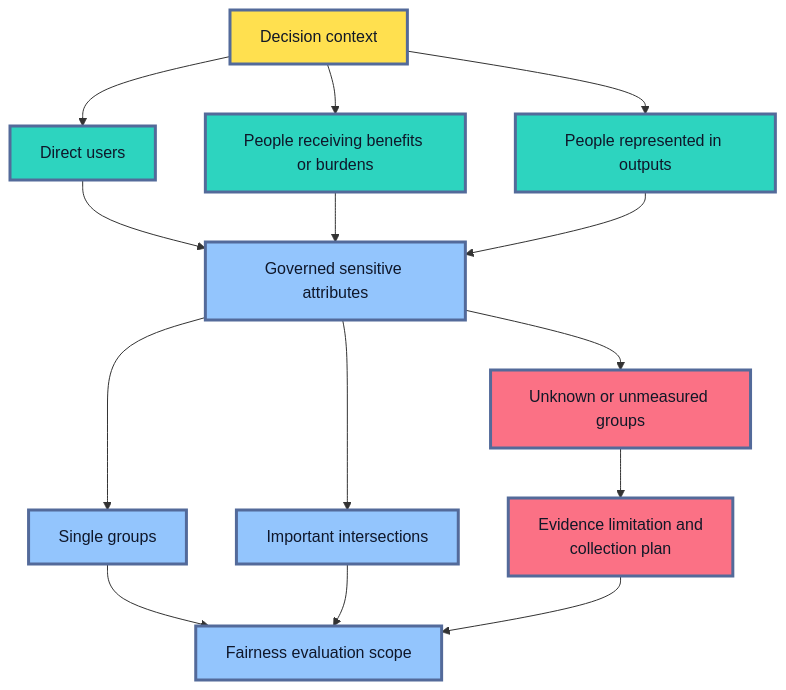
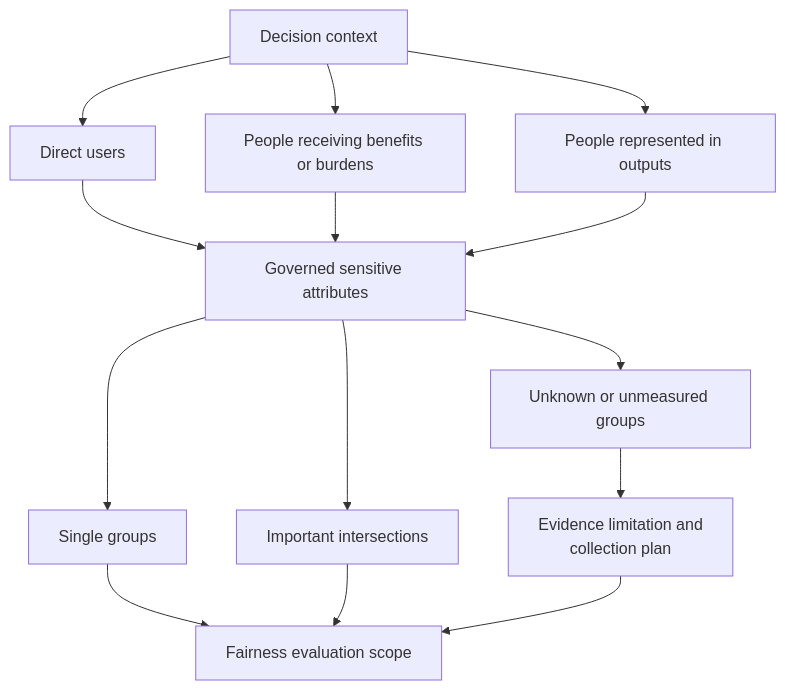
Before and after one commit to senlinyy/dev-roadmaps: the third of 14 diagrams in roadmaps/mlops/modules/model-evaluation/production-readiness/02-bias-fairness-responsible-evaluation.md, drawn with Mermaid. The commit also changed other lines of this file and 152 other files, not shown here.

Commit message:
feat: mlops and diagrams updated

````diff
--- a/roadmaps/mlops/modules/model-evaluation/production-readiness/02-bias-fairness-responsible-evaluation.md
+++ b/roadmaps/mlops/modules/model-evaluation/production-readiness/02-bias-fairness-responsible-evaluation.md
@@ -203,25 +199,21 @@
 ```mermaid
 flowchart TD
     A["Decision context"] --> B["Direct users"]
     A --> C["People receiving benefits or burdens"]
     A --> D["People represented in outputs"]
     B --> E["Governed sensitive attributes"]
     C --> E
     D --> E
     E --> F["Single groups"]
     E --> G["Important intersections"]
     E --> H["Unknown or unmeasured groups"]
     F --> I["Fairness evaluation scope"]
     G --> I
     H --> J["Evidence limitation and<br/>collection plan"]
     J --> I
 
-    classDef context fill:#FFE04F,stroke:#536A9A,stroke-width:3px,color:#111827
-    classDef people fill:#2DD4BF,stroke:#536A9A,stroke-width:3px,color:#0F172A
-    classDef group fill:#93C5FD,stroke:#536A9A,stroke-width:3px,color:#0F172A
-    classDef limit fill:#FB7185,stroke:#536A9A,stroke-width:3px,color:#111827
     class A context
     class B,C,D people
     class E,F,G,I group
     class H,J limit
 ```
````
